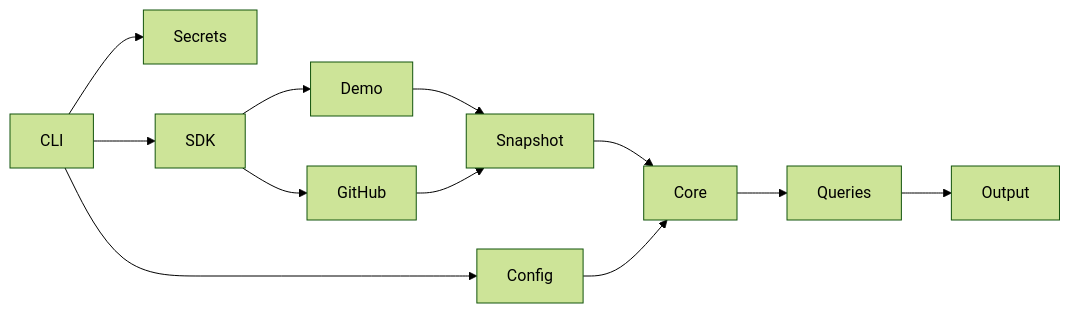
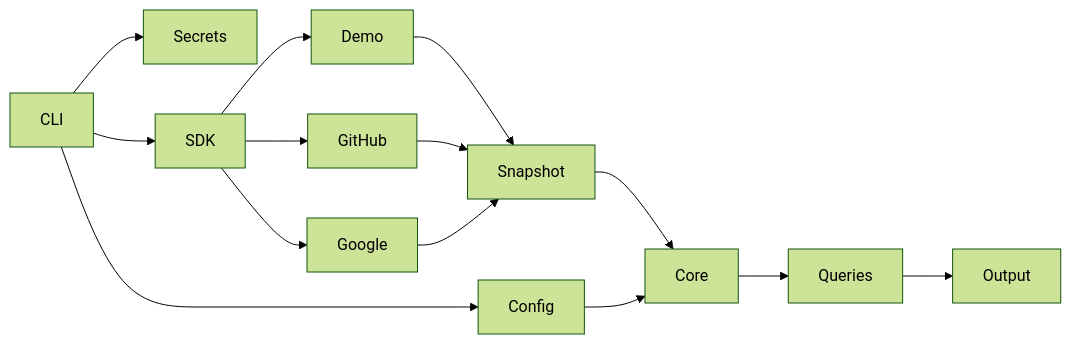
The diagram in docs/ARCHITECTURE.md (NIPE-Solutions/permesh), drawn with Mermaid (forest theme) before and after one commit. The commit also changed other lines of this file and 26 other files, not shown here.

````diff
--- a/docs/ARCHITECTURE.md
+++ b/docs/ARCHITECTURE.md
@@ -7,14 +7,16 @@
 ```mermaid
 flowchart LR
   CLI --> Config
   CLI --> Secrets
   CLI --> SDK
   SDK --> Demo
   SDK --> GitHub
+  SDK --> Google
   Demo --> Snapshot
   GitHub --> Snapshot
+  Google --> Snapshot
   Snapshot --> Core
   Config --> Core
   Core --> Queries
   Queries --> Output
 ```
````
